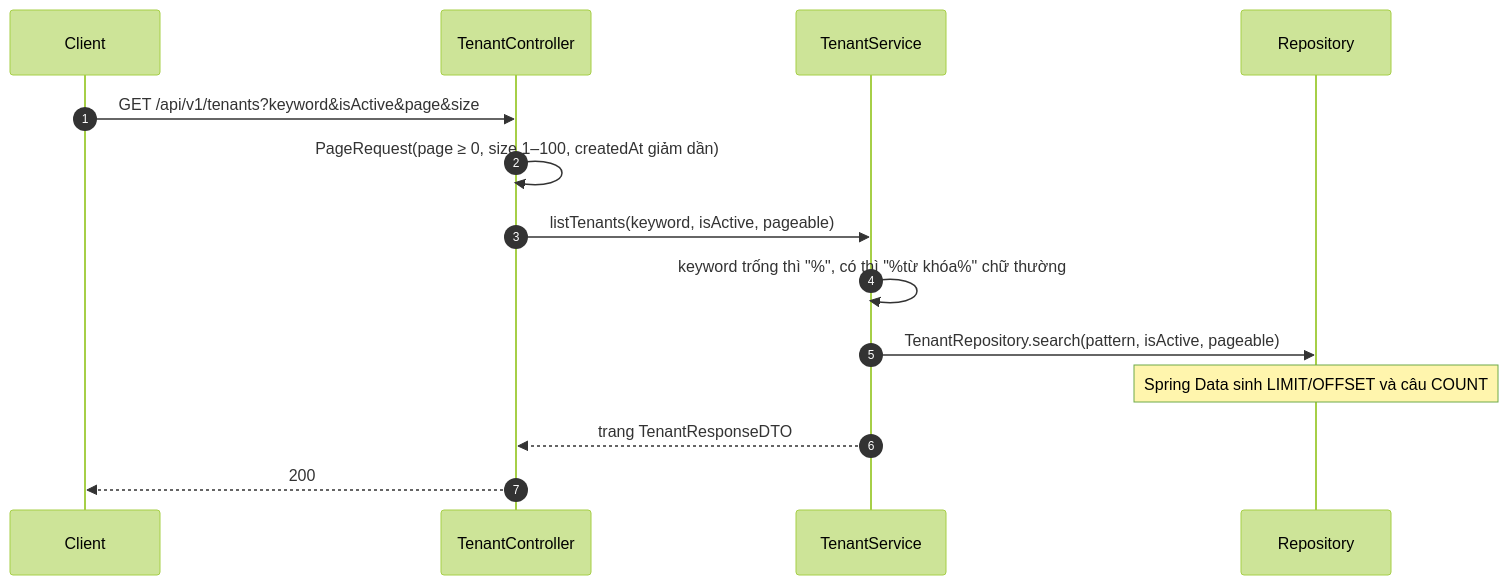
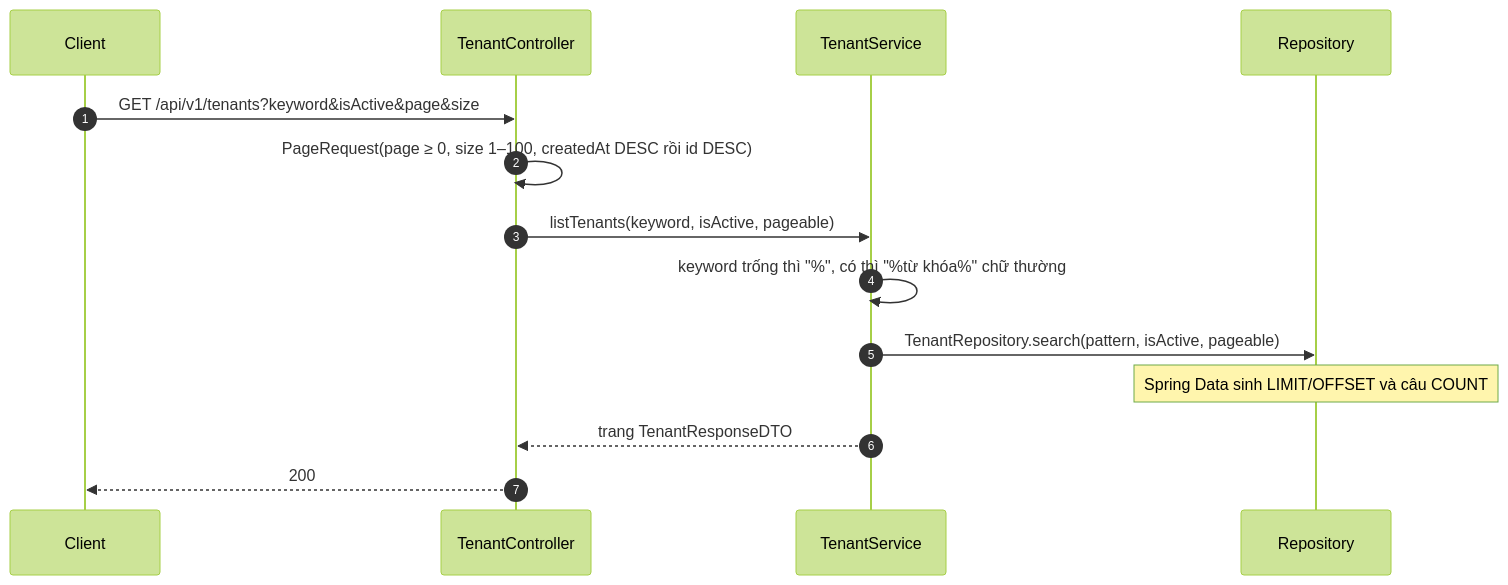
One commit to foodboi88/car-rental-saas changed the fourth of 9 diagrams in docs/plans/tenant/2026-10-19-tenant-detail-design.md. Above: the diagram before and after it, drawn with Mermaid (forest theme). The commit also changed other lines of this file and 28 other files, not shown here.

````diff
--- a/docs/plans/tenant/2026-10-19-tenant-detail-design.md
+++ b/docs/plans/tenant/2026-10-19-tenant-detail-design.md
@@ -282,16 +294,16 @@
 ```mermaid
 sequenceDiagram
   autonumber
   participant C as Client
   participant K as TenantController
   participant T as TenantService
   participant R as Repository
   C->>K: GET /api/v1/tenants?keyword&isActive&page&size
-  K->>K: PageRequest(page ≥ 0, size 1–100, createdAt giảm dần)
+  K->>K: PageRequest(page ≥ 0, size 1–100, createdAt DESC rồi id DESC)
   K->>T: listTenants(keyword, isActive, pageable)
   T->>T: keyword trống thì "%", có thì "%từ khóa%" chữ thường
   T->>R: TenantRepository.search(pattern, isActive, pageable)
   Note over R: Spring Data sinh LIMIT/OFFSET và câu COUNT
   T-->>K: trang TenantResponseDTO
   K-->>C: 200
 ```
````
